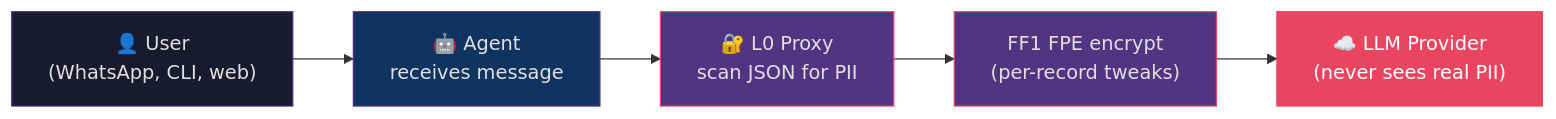
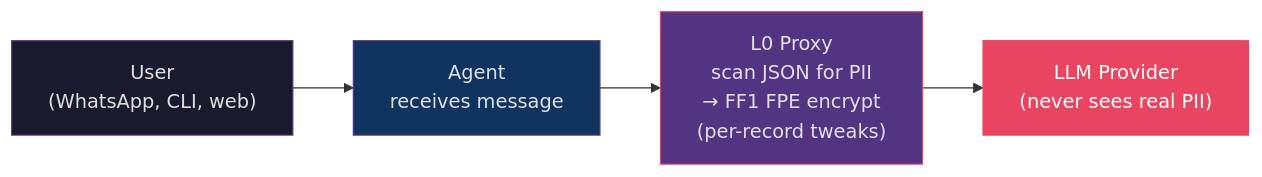
Before and after one commit to OpenObscure/OpenObscure: the sixth of 15 diagrams in ARCHITECTURE.md, drawn with Mermaid. The commit also changed other lines of this file and 1 other file, not shown here.

First line of the commit message:
Fix 20 Mermaid diagrams: clarity, accuracy, consistency

````diff
--- a/ARCHITECTURE.md
+++ b/ARCHITECTURE.md
@@ -313,13 +324,11 @@
 ```mermaid
 flowchart LR
-    user["👤 User\n(WhatsApp, CLI, web)"] --> agent["🤖 Agent\nreceives message"]
-    agent --> l0["🔐 L0 Proxy\nscan JSON for PII"]
-    l0 --> fpe["FF1 FPE encrypt\n(per-record tweaks)"]
-    fpe --> llm["☁️ LLM Provider\n(never sees real PII)"]
+    user["User\n(WhatsApp, CLI, web)"] --> agent["Agent\nreceives message"]
+    agent --> l0["L0 Proxy\nscan JSON for PII\n→ FF1 FPE encrypt\n(per-record tweaks)"]
+    l0 --> llm["LLM Provider\n(never sees real PII)"]
 
     style user fill:#1a1a2e,stroke:#533483,color:#e0e0e0
     style agent fill:#0f3460,stroke:#533483,color:#e0e0e0
     style l0 fill:#533483,stroke:#e94560,color:#e0e0e0
-    style fpe fill:#533483,stroke:#e94560,color:#e0e0e0
     style llm fill:#e94560,stroke:#e94560,color:#fff
 ```
````
